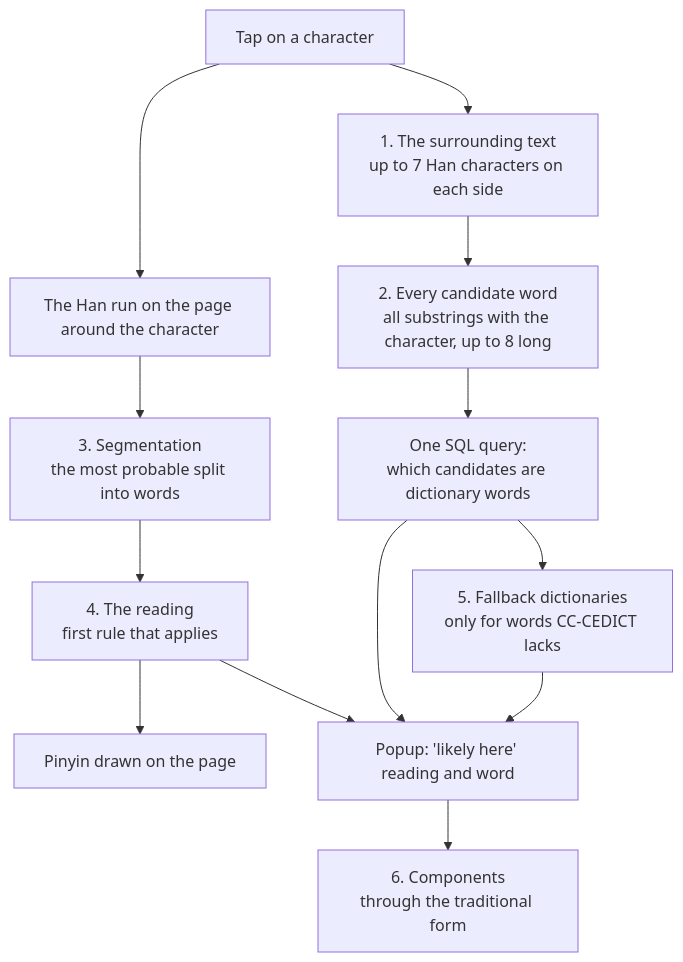
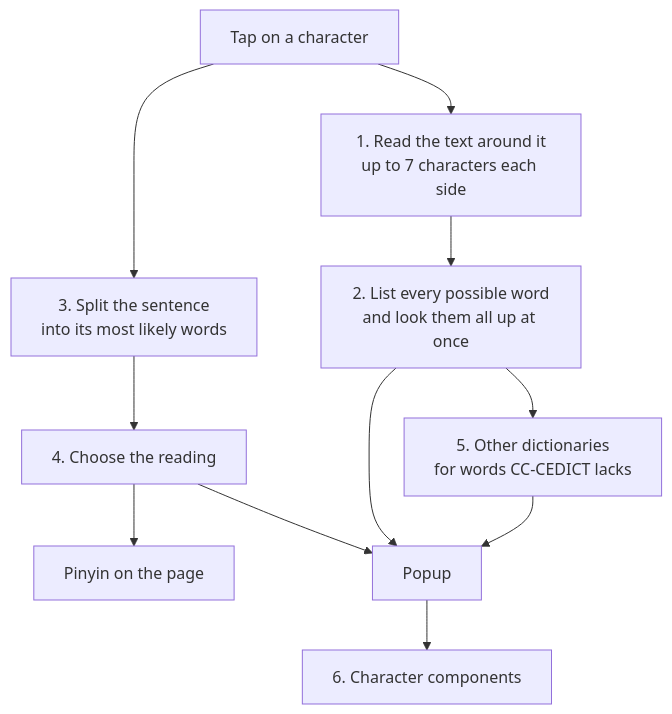
Before and after one commit to scartoon/koreader-chinese-helper: the diagram in how-it-works.md, drawn with Mermaid. The commit also changed other lines of this file and 1 other file, not shown here.

````diff
--- a/how-it-works.md
+++ b/how-it-works.md
@@ -21,15 +20,13 @@
 ```mermaid
 flowchart TD
-    T["Tap on a character"] --> C["1. The surrounding text<br/>up to 7 Han characters on each side"]
-    C --> K["2. Every candidate word<br/>all substrings with the character, up to 8 long"]
-    K --> Q["One SQL query:<br/>which candidates are dictionary words"]
-    T --> R["The Han run on the page around the character"]
-    R --> S["3. Segmentation<br/>the most probable split into words"]
-    S --> P["4. The reading<br/>first rule that applies"]
-    P --> D["Pinyin drawn on the page"]
-    P --> U["Popup: 'likely here' reading and word"]
-    Q --> U
-    Q --> F["5. Fallback dictionaries<br/>only for words CC-CEDICT lacks"]
+    T["Tap on a character"] --> C["1. Read the text around it<br/>up to 7 characters each side"]
+    C --> K["2. List every possible word<br/>and look them all up at once"]
+    T --> S["3. Split the sentence<br/>into its most likely words"]
+    S --> P["4. Choose the reading"]
+    P --> D["Pinyin on the page"]
+    P --> U["Popup"]
+    K --> U
+    K --> F["5. Other dictionaries<br/>for words CC-CEDICT lacks"]
     F --> U
-    U --> M["6. Components<br/>through the traditional form"]
+    U --> M["6. Character components"]
 ```
````
